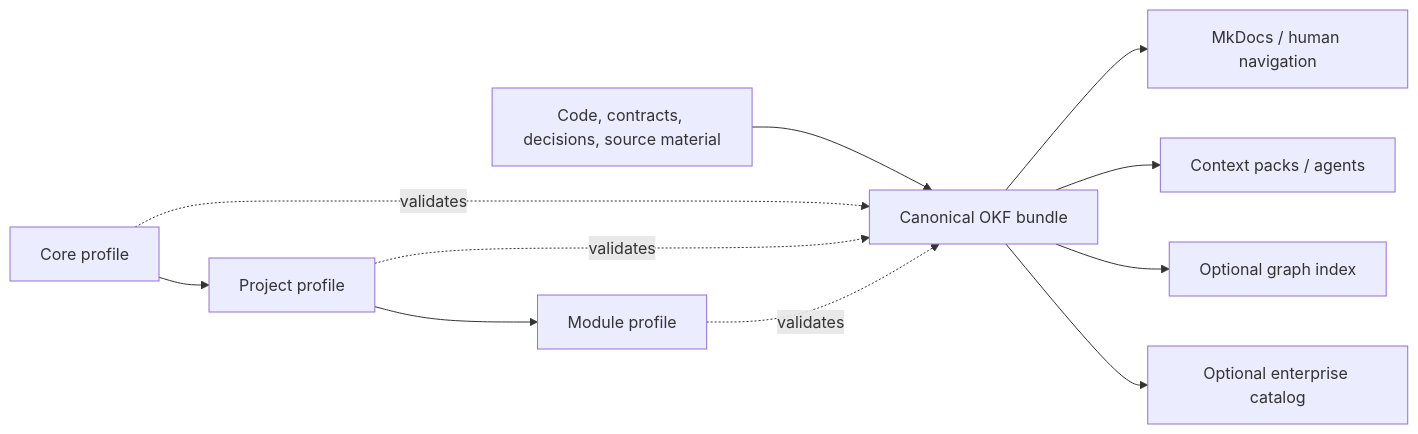
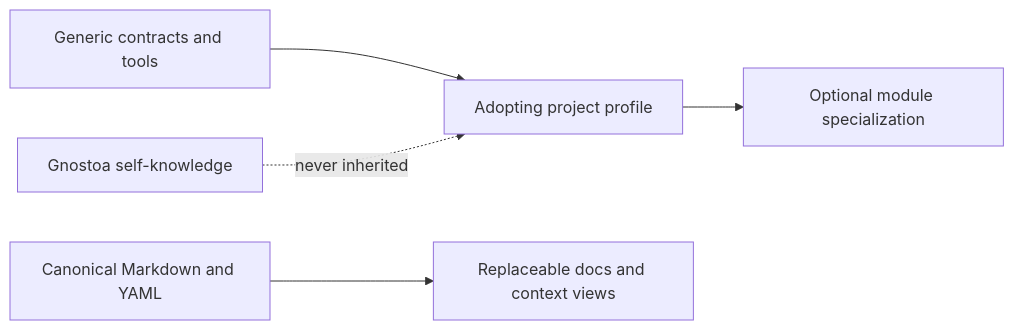
Before and after one commit to ktogias/gnostoa: the diagram in docs/index.md, drawn with Mermaid. The commit also changed other lines of this file and 113 other files, not shown here.

````diff
--- a/docs/index.md
+++ b/docs/index.md
@@ -11,13 +36,7 @@
 ```mermaid
 flowchart LR
-    C[Core profile] --> P[Project profile]
-    P --> M[Module profile]
-    S[Code, contracts, decisions, source material] --> K[Canonical OKF bundle]
-    C -. validates .-> K
-    P -. validates .-> K
-    M -. validates .-> K
-    K --> H[MkDocs / human navigation]
-    K --> A[Context packs / agents]
-    K --> G[Optional graph index]
-    K --> E[Optional enterprise catalog]
+    C[Generic contracts and tools] --> P[Adopting project profile]
+    P --> M[Optional module specialization]
+    K[Canonical Markdown and YAML] --> V[Replaceable docs and context views]
+    S[Gnostoa self-knowledge] -. never inherited .-> P
 ```
````
